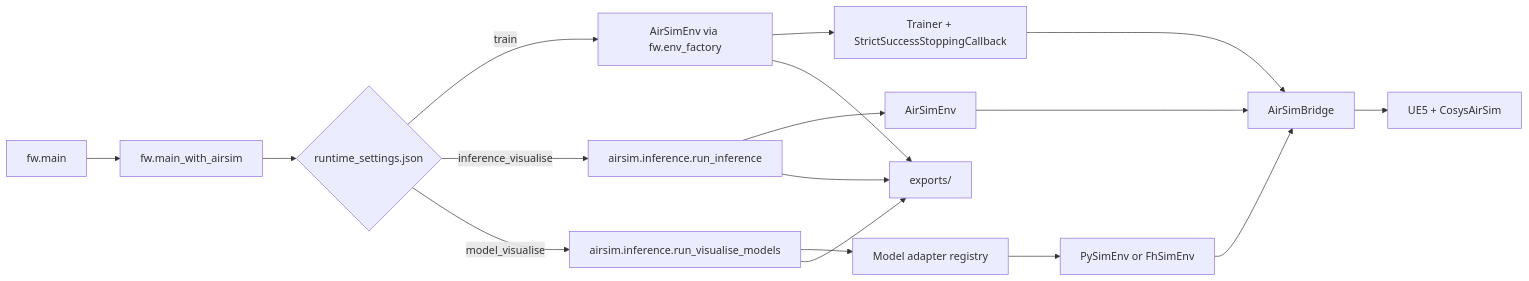
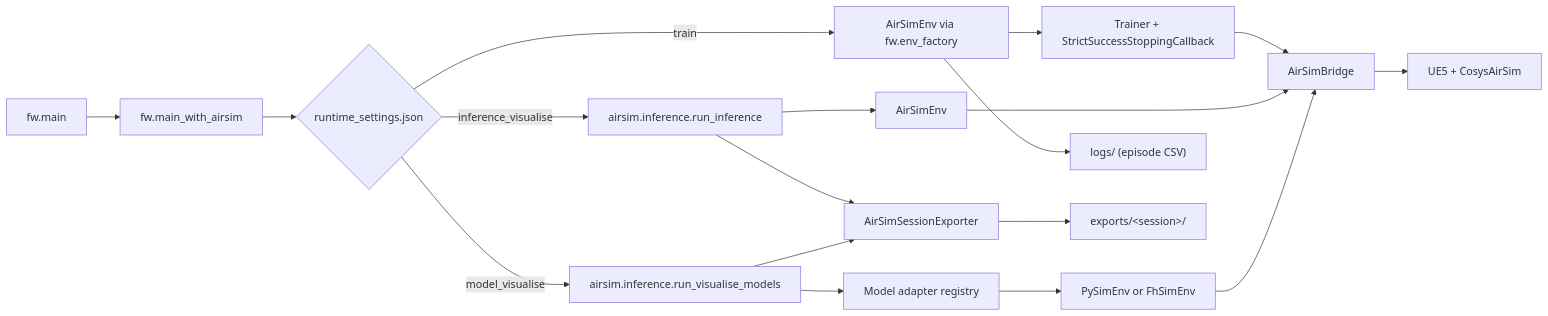
Before and after one commit to UAntwerpM4S/RudoLF: the first of 2 diagrams in src/airsim/README.md, drawn with Mermaid. The commit also changed other lines of this file and 3 other files, not shown here.

````diff
--- a/src/airsim/README.md
+++ b/src/airsim/README.md
@@ -41,23 +41,24 @@
 ```mermaid
 flowchart LR
     A["fw.main"] --> B["fw.main_with_airsim"]
     B --> C{"runtime_settings.json"}
 
     C -->|train| D["AirSimEnv via fw.env_factory"]
     D --> E["Trainer + StrictSuccessStoppingCallback"]
     E --> F["AirSimBridge"]
     F --> G["UE5 + CosysAirSim"]
 
     C -->|inference_visualise| H["airsim.inference.run_inference"]
     H --> I["AirSimEnv"]
     I --> F
 
     C -->|model_visualise| J["airsim.inference.run_visualise_models"]
     J --> K["Model adapter registry"]
     K --> L["PySimEnv or FhSimEnv"]
     L --> F
 
-    H --> M["exports/<session>"]
-    J --> M
-    D --> M
+    D --> M["logs/ (episode CSV)"]
+    H --> N["AirSimSessionExporter"]
+    J --> N
+    N --> O["exports/&lt;session&gt;/"]
 ```
````
